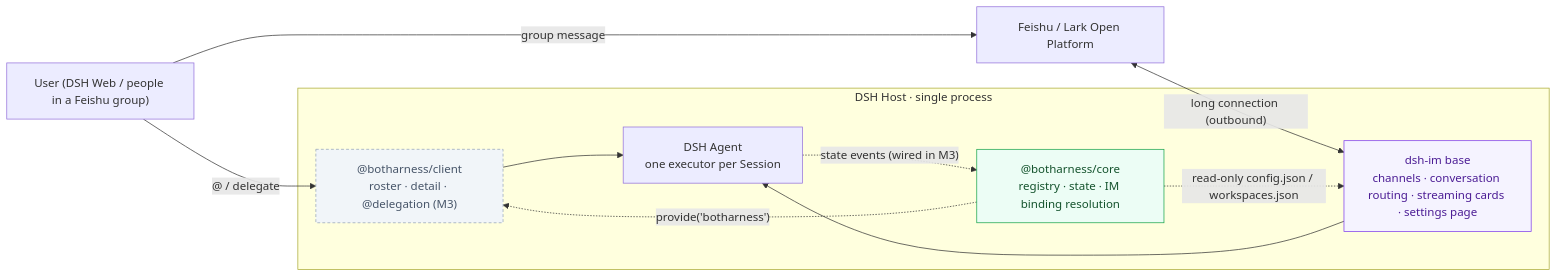
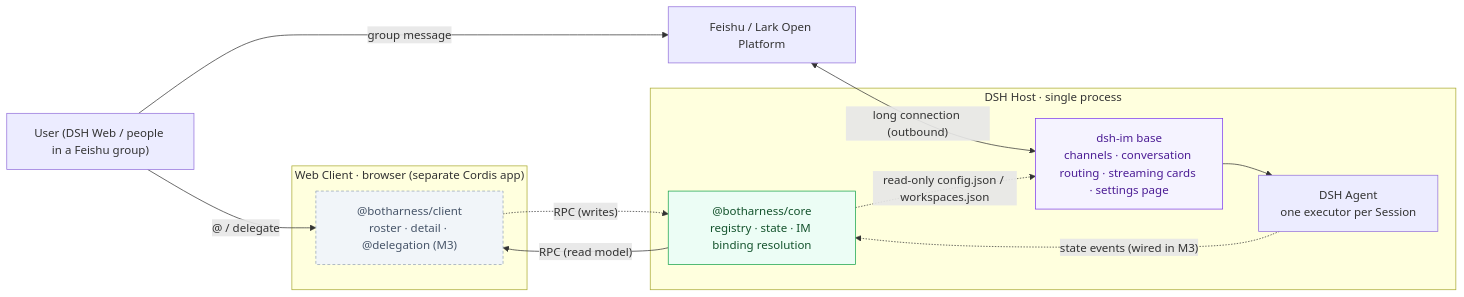
One commit to BotHarness/BotHarness changed the diagram in docs/architecture/diagrams/en/01-system-context.mmd. Above: the diagram before and after it, drawn with Mermaid. The commit also changed 39 other files, not shown here.

First line of the commit message:
feat(core)!: DSH conformance — apply(ctx, config), manifest fields; client bridge spec

```diff
--- a/docs/architecture/diagrams/en/01-system-context.mmd
+++ b/docs/architecture/diagrams/en/01-system-context.mmd
@@ -1,26 +1,29 @@
 flowchart LR
   User["User (DSH Web / people in a Feishu group)"]
   Feishu["Feishu / Lark Open Platform"]
 
   subgraph Host["DSH Host · single process"]
     IM["dsh-im base<br/>channels · conversation routing · streaming cards · settings page"]
     Core["@botharness/core<br/>registry · state · IM binding resolution"]
+    Agent["DSH Agent<br/>one executor per Session"]
+  end
+
+  subgraph Browser["Web Client · browser (separate Cordis app)"]
     Client["@botharness/client<br/>roster · detail · @delegation (M3)"]
-    Agent["DSH Agent<br/>one executor per Session"]
   end
 
   User -->|"@ / delegate"| Client
   User -->|"group message"| Feishu
   Feishu <-->|"long connection (outbound)"| IM
   IM --> Agent
-  Client --> Agent
-  Core -.->|"provide('botharness')"| Client
+  Core -->|"RPC (read model)"| Client
+  Client -.->|"RPC (writes)"| Core
   Core -.->|"read-only config.json / workspaces.json"| IM
   Agent -.->|"state events (wired in M3)"| Core
 
   classDef ours fill:#ecfdf5,stroke:#16a34a,color:#14532d;
   classDef dsh fill:#f5f3ff,stroke:#7c3aed,color:#4c1d95;
   classDef later fill:#f1f5f9,stroke:#94a3b8,color:#475569,stroke-dasharray:4 3;
   class Core ours;
   class IM dsh;
   class Client later;
```
